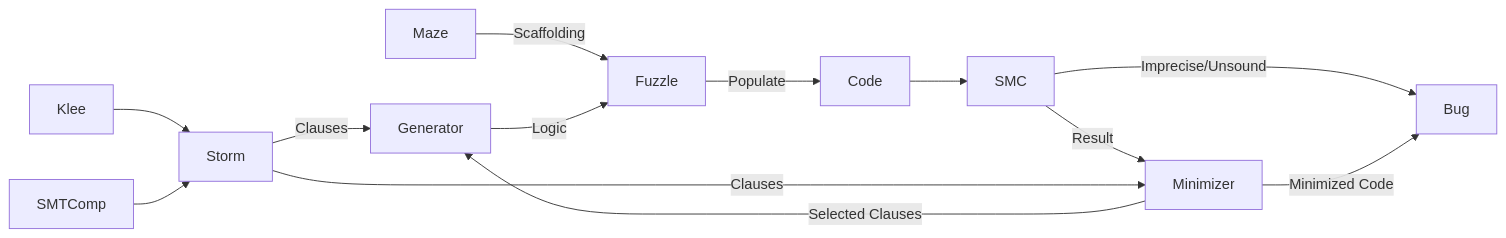
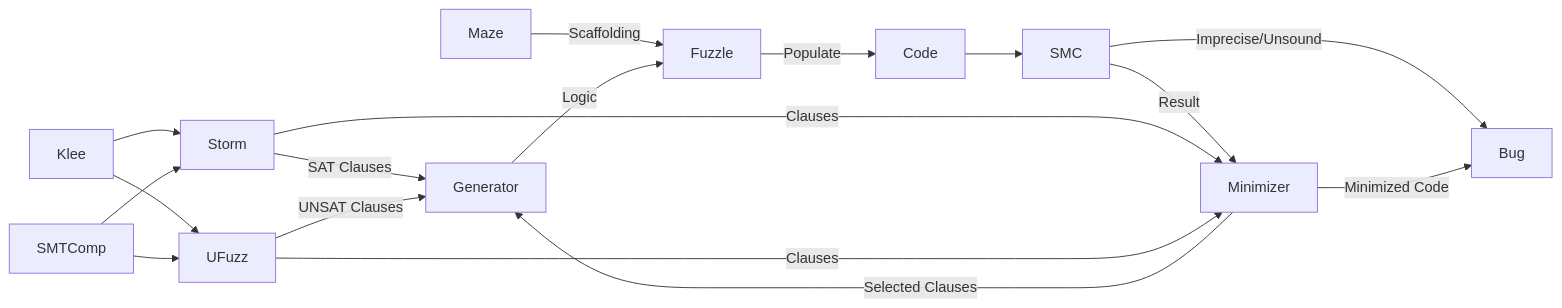
Before and after one commit to Fleischmaki/Minotaur: the diagram in README.md, drawn with Mermaid. The commit also changed other lines of this file, not shown here.

````diff
--- a/README.md
+++ b/README.md
@@ -6,15 +6,19 @@
 ```mermaid
 flowchart LR
     Klee --> Storm
     SMTComp --> Storm
-    Storm --> |Clauses| Generator
+    Storm --> |SAT Clauses| Generator
+    Klee --> UFuzz
+    SMTComp --> UFuzz
+    UFuzz --> |UNSAT Clauses| Generator
     Maze --> |Scaffolding| Fuzzle
     Generator --> |Logic| Fuzzle
     Fuzzle --> |Populate| Code 
     Code -->  SMC
     SMC --> |Result| Minimizer
     SMC --> |Imprecise/Unsound| Bug 
     Storm --> |Clauses| Minimizer
+    UFuzz  --> |Clauses| Minimizer
     Minimizer --> | Selected Clauses | Generator
     Minimizer --> | Minimized Code | Bug
 ```
````
